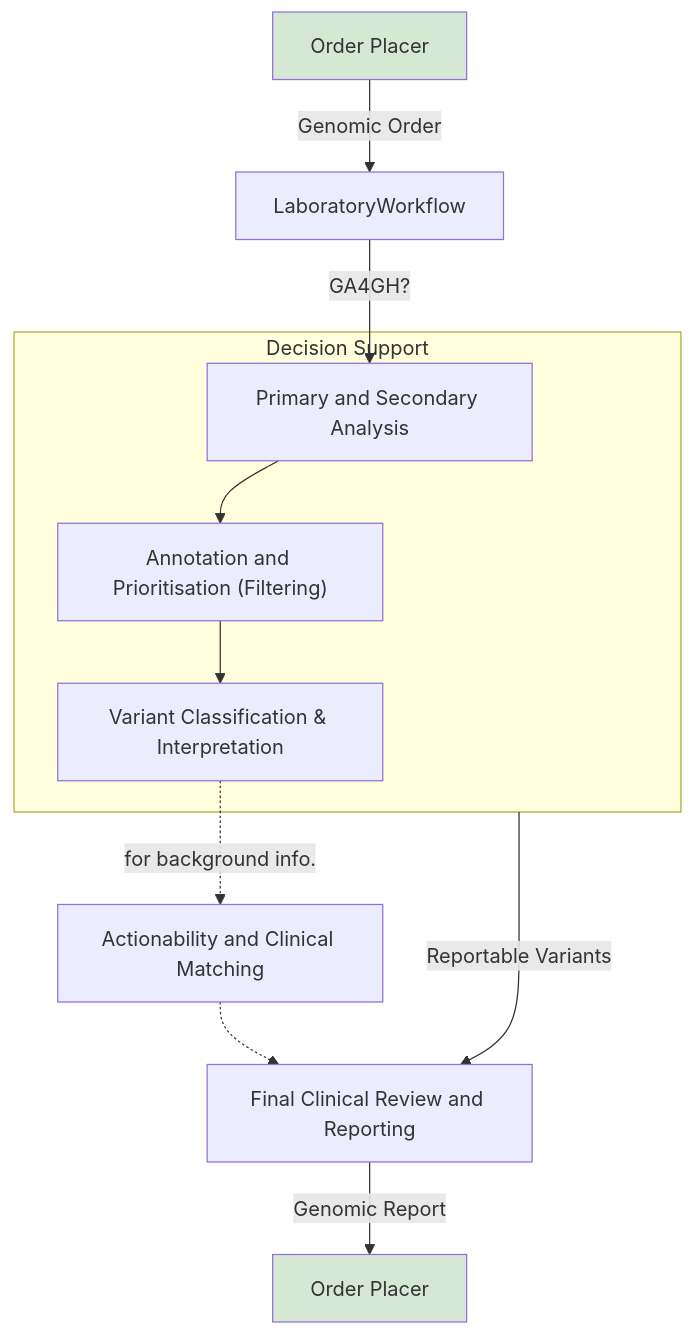
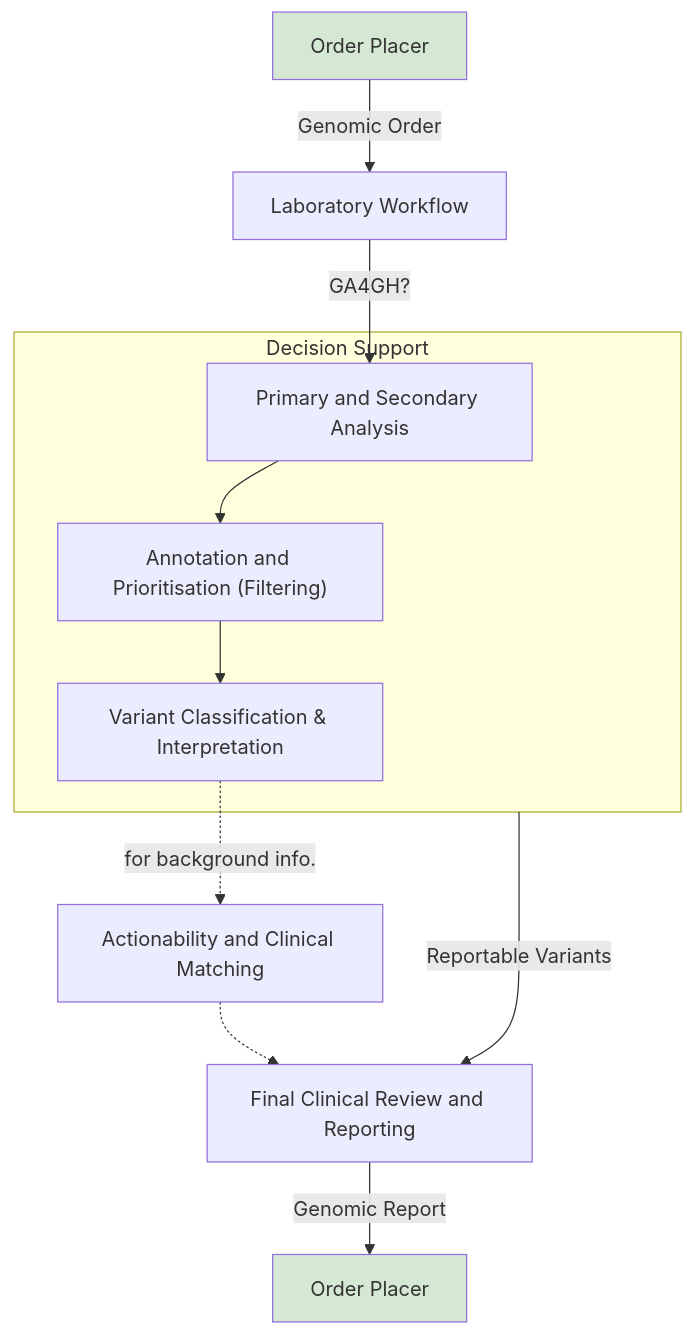
One commit to nw-gmsa/nw-gmsa.github.com changed the diagram in input/pagecontent/StructureDefinition-Variant-intro.md. Above: the diagram before and after it, drawn with Mermaid. The commit also changed other lines of this file and 18 other files, not shown here.

````diff
--- a/input/pagecontent/StructureDefinition-Variant-intro.md
+++ b/input/pagecontent/StructureDefinition-Variant-intro.md
@@ -22,28 +22,28 @@
 ```mermaid
 graph
 
 placerS[Order Placer]
-LaboratoryWorkflow
+LaboratoryWorkflow[Laboratory Workflow]
 
 subgraph CDS[Decision Support]
 analysis[Primary and Secondary Analysis]
 filtering["Annotation and Prioritisation (Filtering)"]
 classification[Variant Classification & Interpretation]
 end
 
 action[Actionability and Clinical Matching]
 report[Final Clinical Review and Reporting]
 placer[Order Placer]
 
 placerS --> |Genomic Order| LaboratoryWorkflow
 LaboratoryWorkflow --> |GA4GH?| analysis
 analysis --> filtering
 filtering --> classification
 classification -.-> |for background info.| action
 CDS --> |Reportable Variants| report
 action -.->  report
 report --> |Genomic Report| placer  
 
   classDef green fill:#D5E8D4;
   class placer,placerS green
 ```
````
